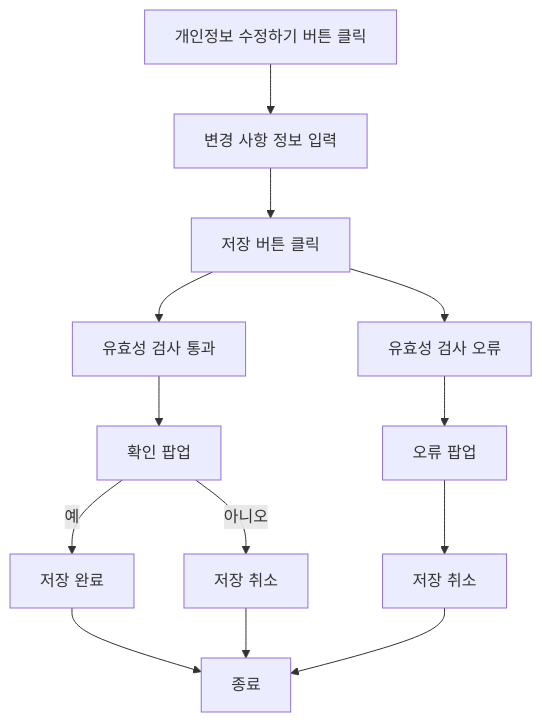
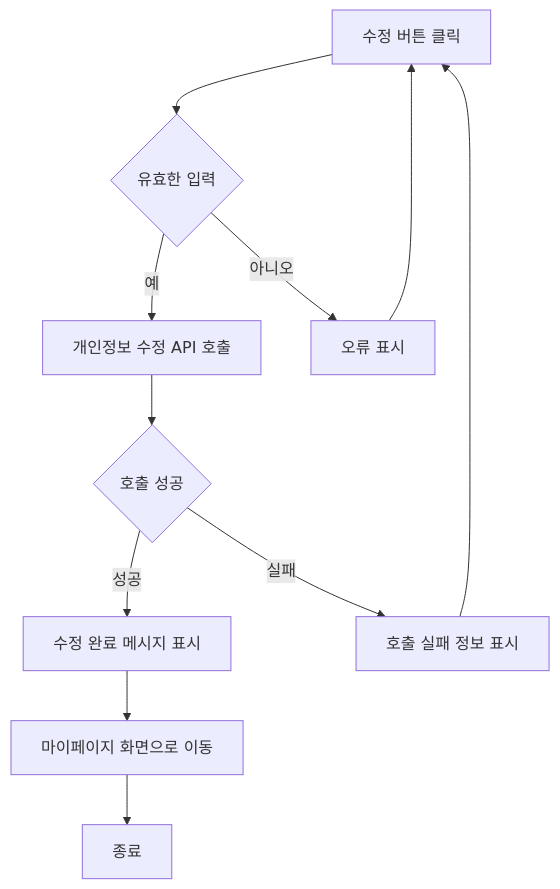
One commit to Dev-FE-3/team1-woowa-iz-JjinMat changed diagram 12 of 25 in design/기능정의서.md. Above: the diagram before and after it, drawn with Mermaid. The commit also changed other lines of this file, not shown here.

````diff
--- a/design/기능정의서.md
+++ b/design/기능정의서.md
@@ -395,6 +347,13 @@
 ```mermaid
 flowchart TD
-    A[개인정보 수정하기 버튼 클릭] --> B[변경 사항 정보 입력] --> C[저장 버튼 클릭] --> D[유효성 검사 통과]--> E[확인 팝업] -- 예 --> F[저장 완료] --> 종료
-    E[확인 팝업] -- 아니오 --> G[저장 취소] --> 종료
-    C[저장 버튼 클릭] --> H[유효성 검사 오류] --> I[오류 팝업] --> J[저장 취소] --> 종료
+    A[수정 버튼 클릭] --> B[입력 항목 유효성 검증]
+    B{유효한 입력} -- 예 --> C[개인정보 수정 API 호출]
+    B{유효한 입력} -- 아니오 --> D[오류 표시]
+    D --> A
+    C --> E{호출 성공}
+    E -- 성공 --> F[수정 완료 메시지 표시]
+    F --> G[마이페이지 화면으로 이동]
+    E -- 실패 --> H[호출 실패 정보 표시]
+    H --> A
+    G --> Z[종료]
 ```
````
